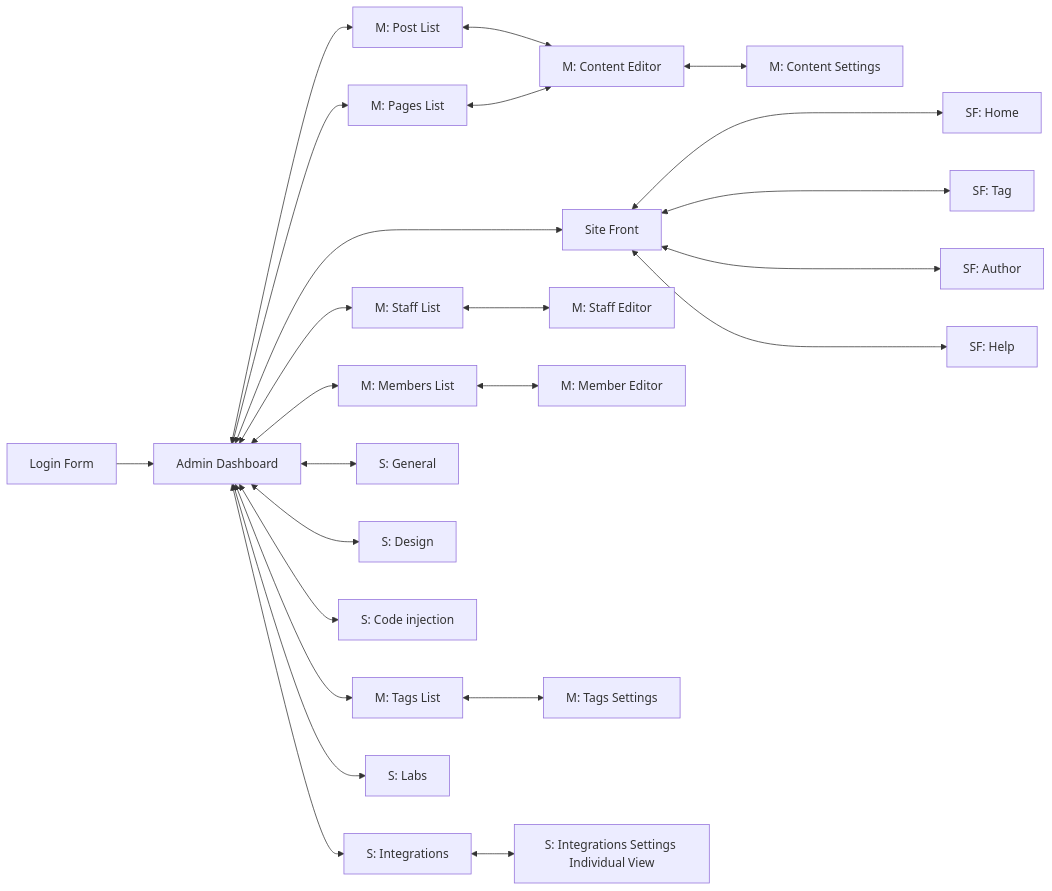
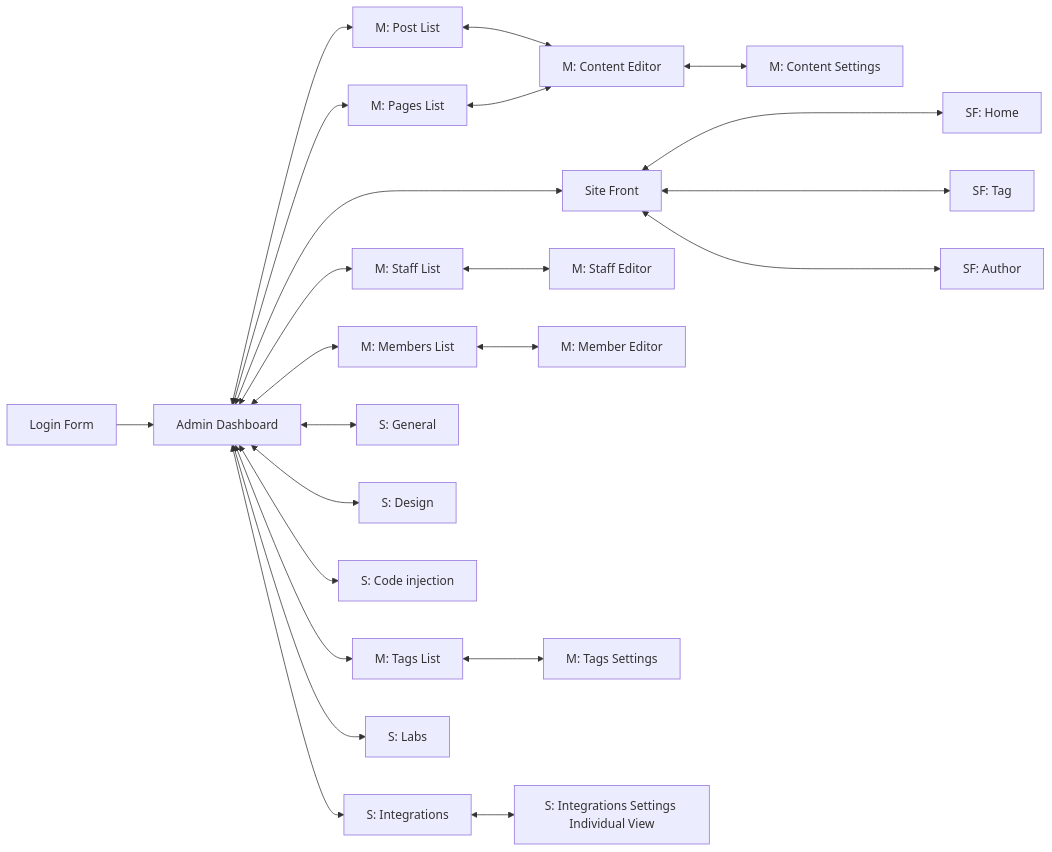
One commit to muniter/TSDC_GHOST changed the diagram in README.md. Above: the diagram before and after it, drawn with Mermaid. The commit also changed other lines of this file and 22 other files, not shown here.

````diff
--- a/README.md
+++ b/README.md
@@ -81,69 +81,67 @@
 ```mermaid
 flowchart LR;
     %% Definition of views
 
     %% Login
     LOG[Login Form]
 
     %% Front End
     SF[Site Front]
     SFH[SF: Home]
     SFT[SF: Tag]
     SFA[SF: Author]
-    SFHE[SF: Help]
 
     %% Admin Dashboard
     DA[Admin Dashboard];
 
     %% Manage Section
     POL[M: Post List];
     PAL[M: Pages List];
     TAL[M: Tags List];
     MEL[M: Members List];
     STL[M: Staff List];
 
     %%%% Manage internal views
     POE[M: Content Editor]
     POES[M: Content Settings]
     STE[M: Staff Editor]
     MEE[M: Member Editor]
     TAE[M: Tags Settings]
 
     %% Settings Section
     SG[S: General]
     SD[S: Design]
     SC[S: Code injection]
     SI[S: Integrations]
     SL[S: Labs]
 
     %%%% Settings internal views
     SIIV[S: Integrations Settings Individual View]
 
     %% Links Admin Dashboard
 
     LOG-->DA
     DA<-->POL
     DA<-->PAL
     DA<-->TAL
     DA<-->MEL
     DA<-->STL
     DA<-->SG
     DA<-->SD
     DA<-->SC
     DA<-->SI
     DA<-->SL
     POL<-->POE
     PAL<-->POE
     POE<-->POES
     STL<-->STE
     TAL<-->TAE
     MEL<-->MEE
     SI<-->SIIV
 
     %% Links Front End
     DA<--->SF
     SF<--->SFH
     SF<--->SFT
     SF<--->SFA
-    SF<--->SFHE
 ```
````
